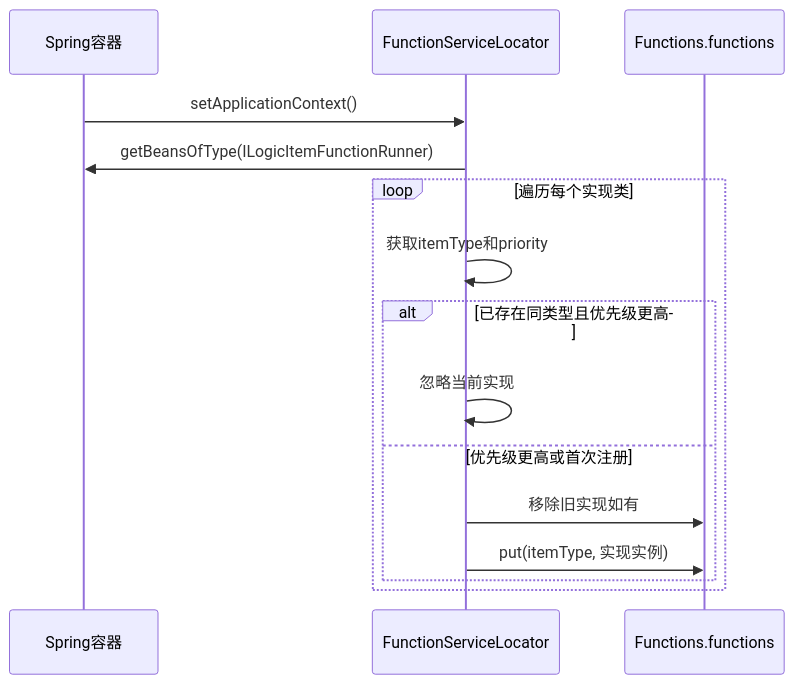
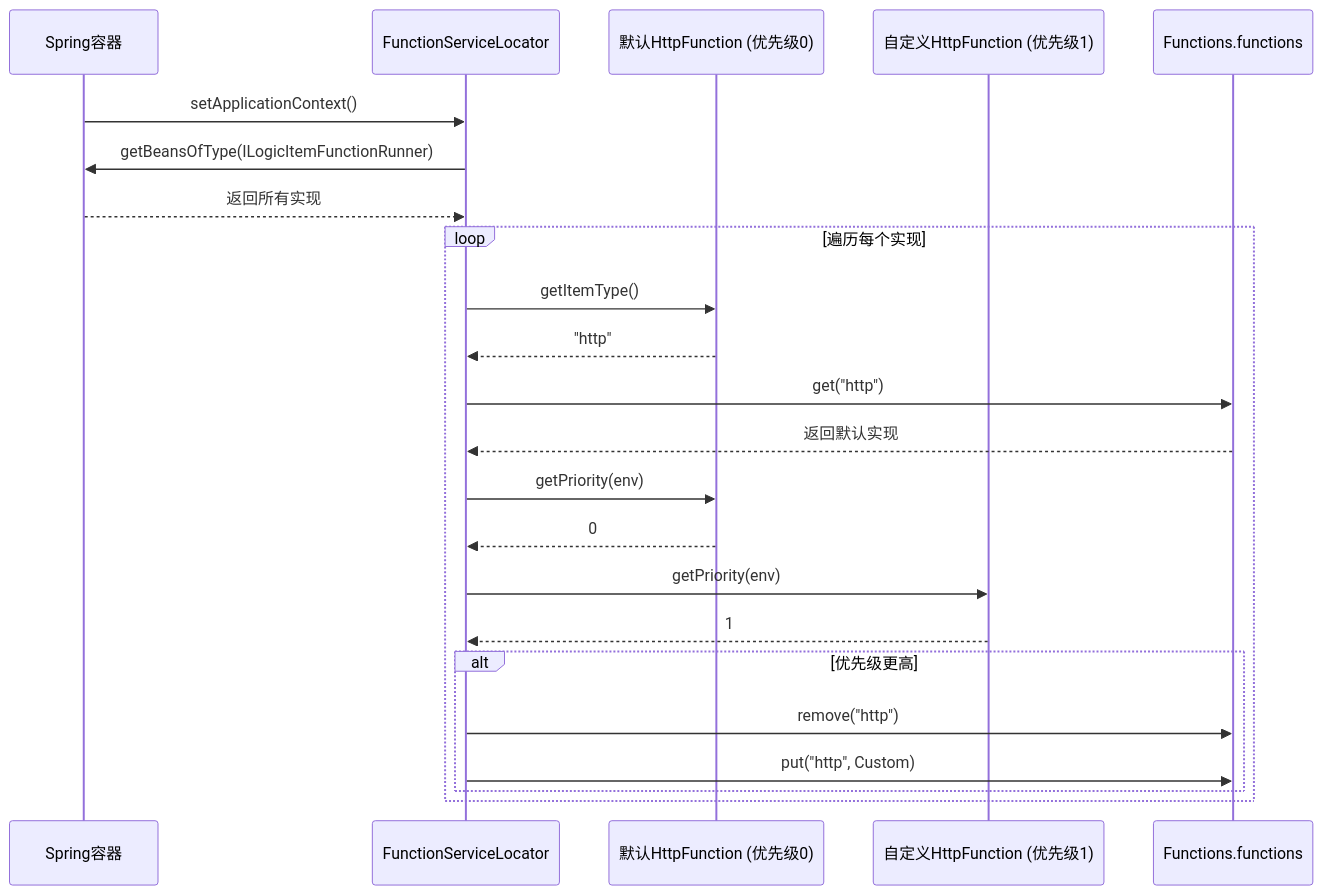
One commit to lk-keep-fighting/logic-solution changed the third of 4 diagrams in .qoder/repowiki/zh/content/扩展开发/自定义节点开发.md. Above: the diagram before and after it, drawn with Mermaid. The commit also changed other lines of this file and 104 other files, not shown here.

````diff
--- a/.qoder/repowiki/zh/content/扩展开发/自定义节点开发.md
+++ b/.qoder/repowiki/zh/content/扩展开发/自定义节点开发.md
@@ -79,17 +113,25 @@
 ```mermaid
 sequenceDiagram
 participant Spring as Spring容器
 participant Locator as FunctionServiceLocator
+participant Default as 默认HttpFunction (优先级0)
+participant Custom as 自定义HttpFunction (优先级1)
 participant Functions as Functions.functions
 Spring->>Locator : setApplicationContext()
 Locator->>Spring : getBeansOfType(ILogicItemFunctionRunner)
-loop 遍历每个实现类
-Locator->>Locator : 获取itemType和priority
-alt 已存在同类型且优先级更高
-Locator->>Locator : 忽略当前实现
-else 优先级更高或首次注册
-Locator->>Functions : 移除旧实现如有
-Locator->>Functions : put(itemType, 实现实例)
+Spring-->>Locator : 返回所有实现
+loop 遍历每个实现
+Locator->>Default : getItemType()
+Default-->>Locator : "http"
+Locator->>Functions : get("http")
+Functions-->>Locator : 返回默认实现
+Locator->>Default : getPriority(env)
+Default-->>Locator : 0
+Locator->>Custom : getPriority(env)
+Custom-->>Locator : 1
+alt 优先级更高
+Locator->>Functions : remove("http")
+Locator->>Functions : put("http", Custom)
 end
 end
 ```
````
